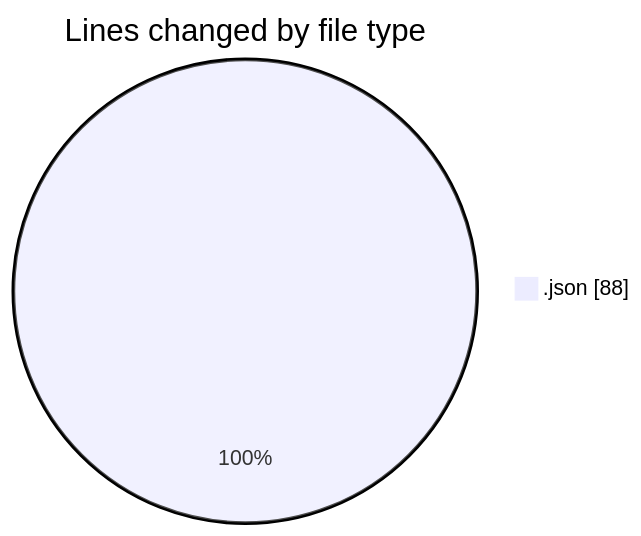
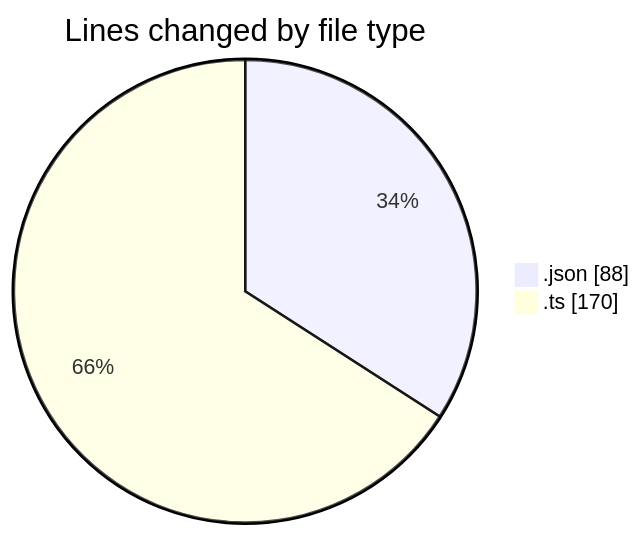
The first of 2 diagrams in 2026-02-02/singularitybrainai/README.md (tmsrecording-cyber/code-tracking), drawn with Mermaid before and after one commit. The commit also changed other lines of this file and 1 other file, not shown here.

````diff
--- a/2026-02-02/singularitybrainai/README.md
+++ b/2026-02-02/singularitybrainai/README.md
@@ -20,5 +21,6 @@
 ```mermaid
 pie showData
 title Lines changed by file type
 ".json" : 88
+".ts" : 170
 ```
````
